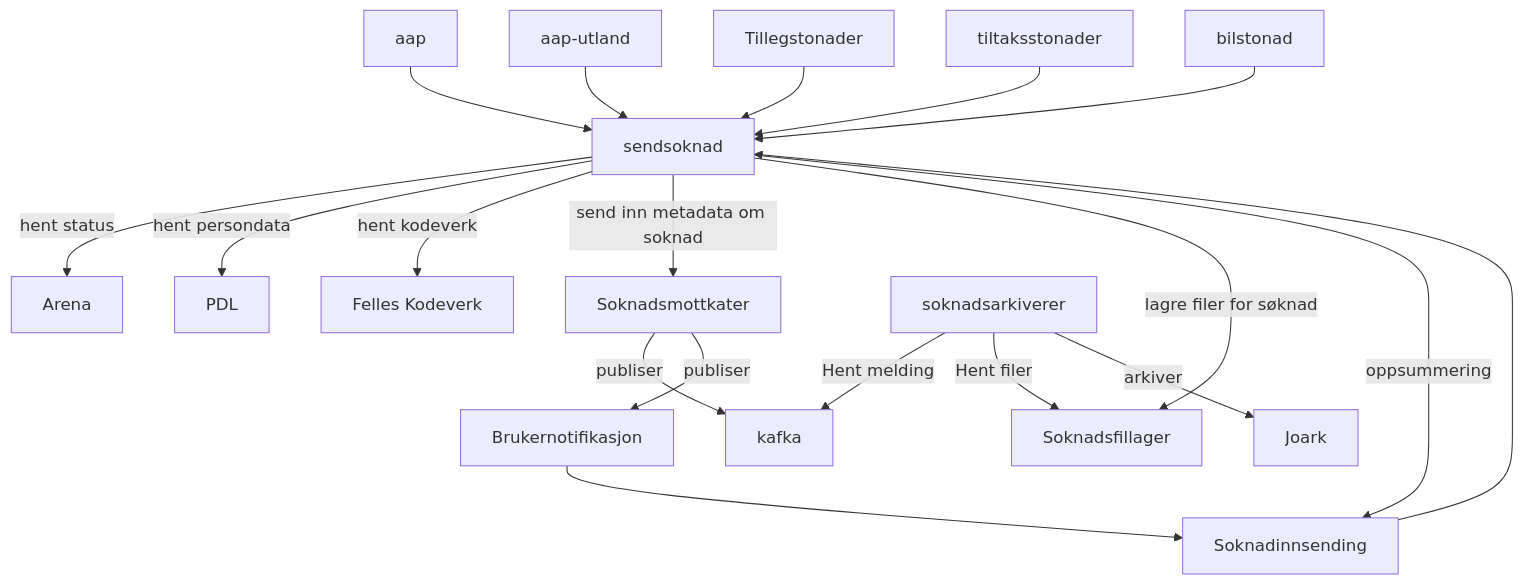
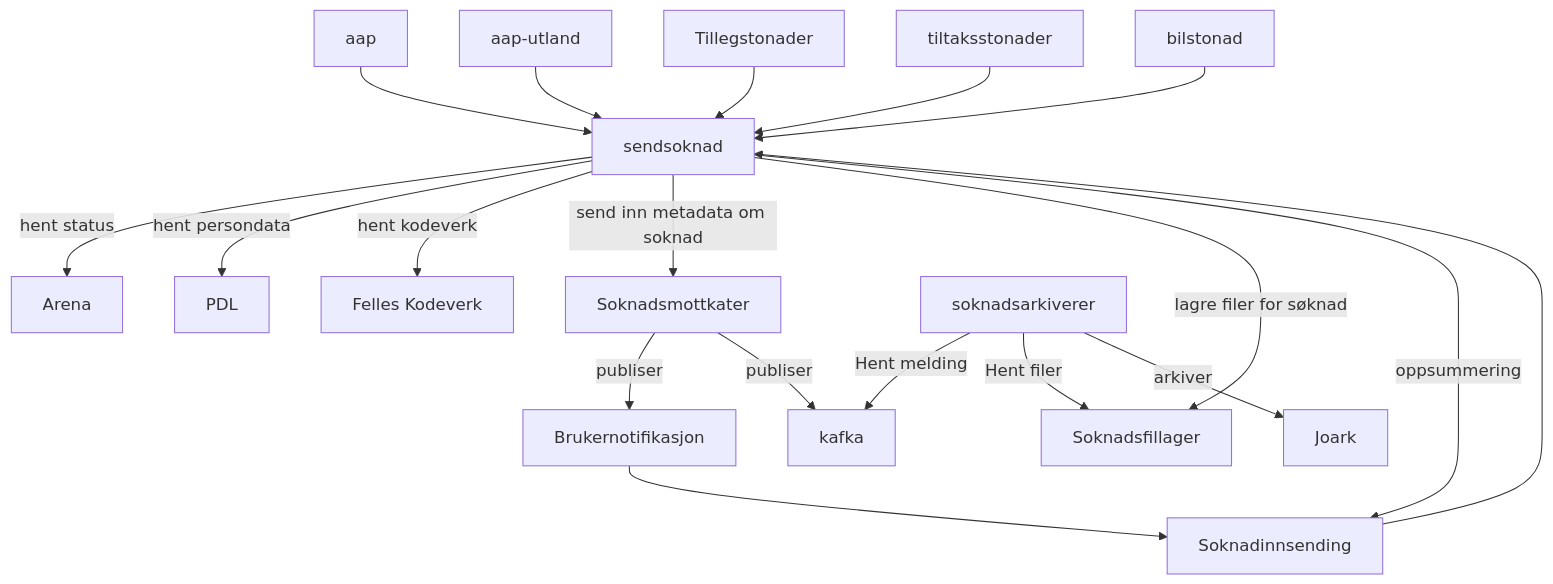
One commit to navikt/sendsoknad-boot changed the third of 3 diagrams in docs/Arkitektur.md. Above: the diagram before and after it, drawn with Mermaid. The commit also changed other lines of this file, not shown here.

````diff
--- a/docs/Arkitektur.md
+++ b/docs/Arkitektur.md
@@ -47,22 +47,22 @@
 ```mermaid
 flowchart TD
     A[aap] --> F[sendsoknad]
     B[aap-utland] --> F[sendsoknad]
     C[Tillegstonader] --> F[sendsoknad]
     D[tiltaksstonader] --> F[sendsoknad]
     E[bilstonad] --> F[sendsoknad]
     F[sendsoknad]-- hent status -->G[Arena]
     F-- hent persondata -->H[PDL]
     F-- hent kodeverk -->I[Felles Kodeverk]
     F-- send inn metadata om soknad -->J[Soknadsmottkater]
     F-- lagre filer for søknad -->K[Soknadsfillager]
     F-- oppsummering -->L[Soknadinnsending]
     L--> F[sendsoknad]
     M[Brukernotifikasjon]-->L
     N[soknadsarkiverer]
+    J -- publiser -->M
     J -- publiser -->O[kafka]
-    J -- publiser -->M
     N -- Hent melding --> O
     N -- Hent filer --> K 
     N -- arkiver --> P[Joark]
 ```
````
